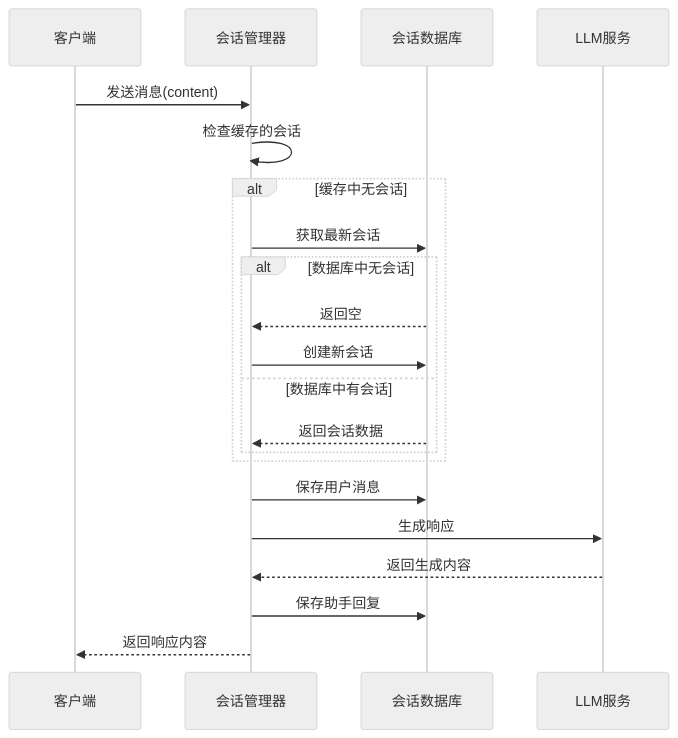
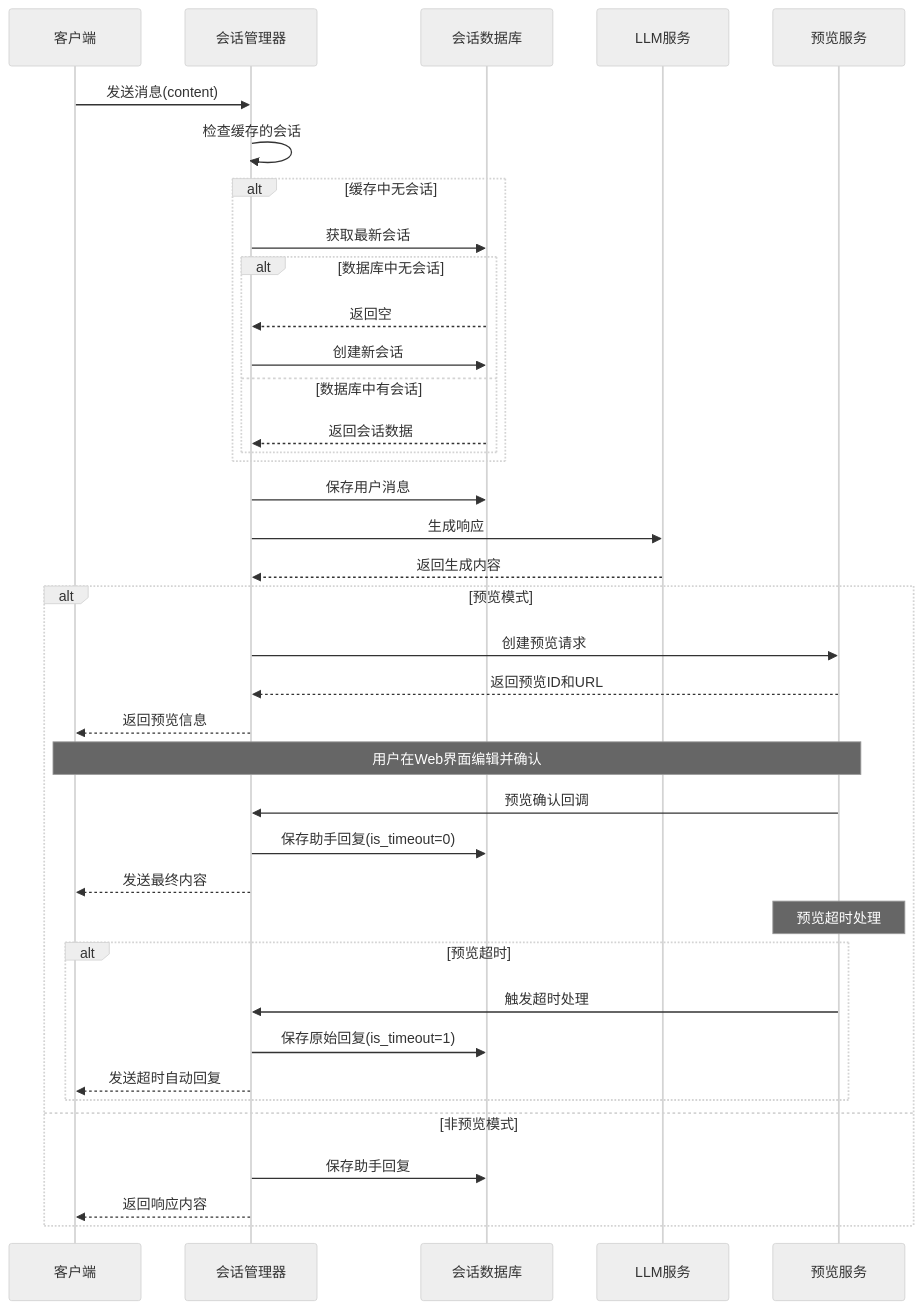
One commit to eogee/any4any changed the first of 3 diagrams in docs/会话管理系统说明文档.md. Above: the diagram before and after it, drawn with Mermaid (neutral theme). The commit also changed other lines of this file and 2 other files, not shown here.

````diff
--- a/docs/会话管理系统说明文档.md
+++ b/docs/会话管理系统说明文档.md
@@ -28,24 +28,44 @@
 ```mermaid
 sequenceDiagram
     participant Client as 客户端
     participant CM as 会话管理器
     participant DB as 会话数据库
     participant LLM as LLM服务
+    participant PS as 预览服务
     
     Client->>CM: 发送消息(content)
     CM->>CM: 检查缓存的会话
     alt 缓存中无会话
         CM->>DB: 获取最新会话
         alt 数据库中无会话
             DB-->>CM: 返回空
             CM->>DB: 创建新会话
         else 数据库中有会话
             DB-->>CM: 返回会话数据
         end
     end
     CM->>DB: 保存用户消息
     CM->>LLM: 生成响应
     LLM-->>CM: 返回生成内容
-    CM->>DB: 保存助手回复
-    CM-->>Client: 返回响应内容
+    
+    alt 预览模式
+        CM->>PS: 创建预览请求
+        PS-->>CM: 返回预览ID和URL
+        CM-->>Client: 返回预览信息
+        
+        Note over Client,PS: 用户在Web界面编辑并确认
+        PS->>CM: 预览确认回调
+        CM->>DB: 保存助手回复(is_timeout=0)
+        CM-->>Client: 发送最终内容
+        
+        Note over PS: 预览超时处理
+        alt 预览超时
+            PS->>CM: 触发超时处理
+            CM->>DB: 保存原始回复(is_timeout=1)
+            CM-->>Client: 发送超时自动回复
+        end
+    else 非预览模式
+        CM->>DB: 保存助手回复
+        CM-->>Client: 返回响应内容
+    end
 ```
````
